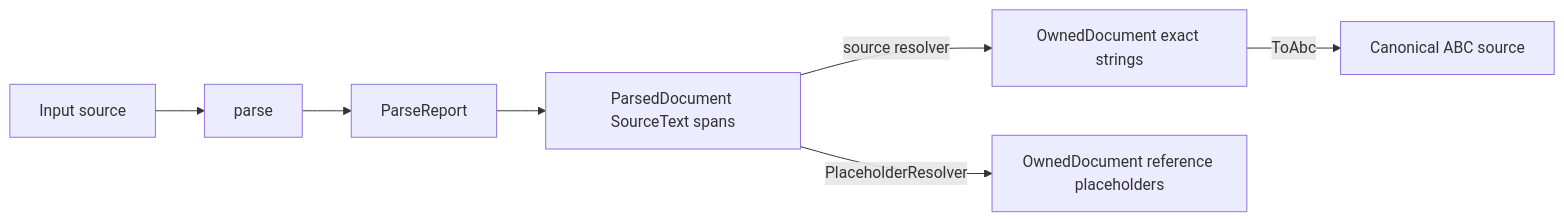
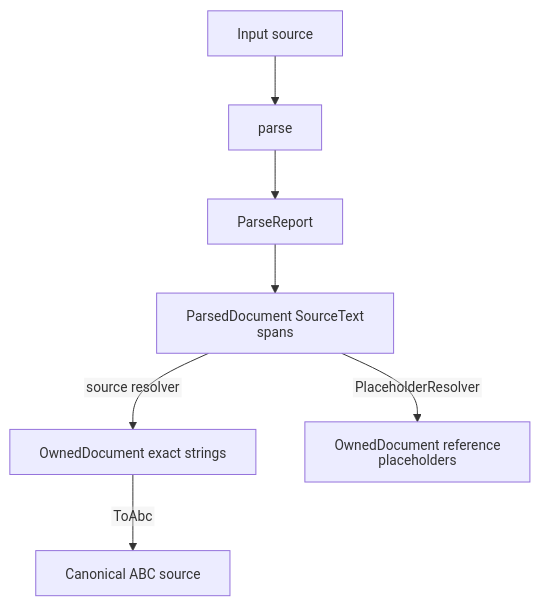
Before and after one commit to mauricebarnum/abc-parser: the third of 8 diagrams in docs/architecture.md, drawn with Mermaid. The commit also changed other lines of this file, not shown here.

First line of the commit message:
Refine architecture diagram readability

````diff
--- a/docs/architecture.md
+++ b/docs/architecture.md
@@ -191,9 +208,15 @@
 ```mermaid
-flowchart LR
+---
+config:
+  htmlLabels: false
+  themeVariables:
+    fontSize: 14px
+---
+flowchart TB
     input[Input source] --> parse
     parse --> report[ParseReport]
     report --> parsed[ParsedDocument SourceText spans]
     parsed -->|source resolver| exact[OwnedDocument exact strings]
     parsed -->|PlaceholderResolver| placeholders[OwnedDocument reference placeholders]
     exact -->|ToAbc| emitted[Canonical ABC source]
 ```
````
